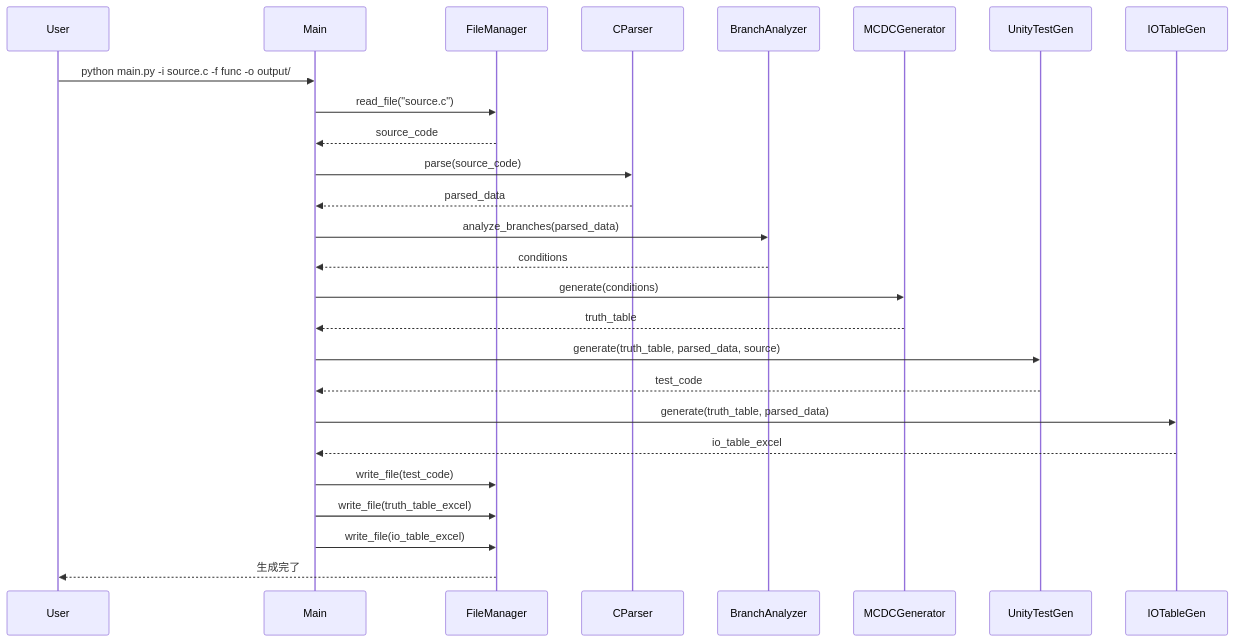
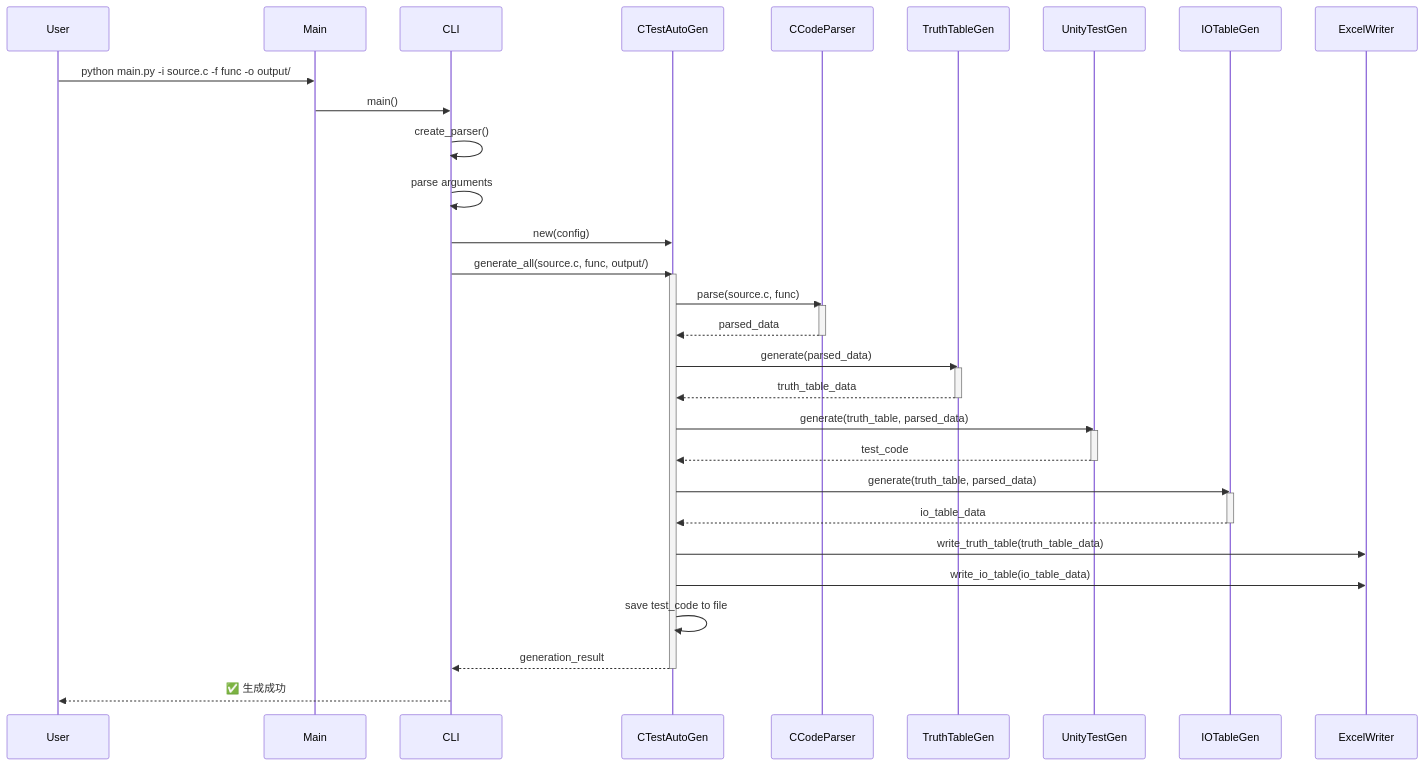
The first of 11 diagrams in doc/design_sequence_diagram.md (ryu5791/AutoUniTestGen), drawn with Mermaid before and after one commit. The commit also changed other lines of this file and 6 other files, not shown here.

````diff
--- a/doc/design_sequence_diagram.md
+++ b/doc/design_sequence_diagram.md
@@ -22,37 +27,51 @@
 ```mermaid
 sequenceDiagram
     participant User
     participant Main
-    participant FileManager
-    participant CParser
-    participant BranchAnalyzer
-    participant MCDCGenerator
+    participant CLI
+    participant CTestAutoGen
+    participant CCodeParser
+    participant TruthTableGen
     participant UnityTestGen
     participant IOTableGen
+    participant ExcelWriter
     
     User->>Main: python main.py -i source.c -f func -o output/
+    Main->>CLI: main()
     
-    Main->>FileManager: read_file("source.c")
-    FileManager-->>Main: source_code
+    CLI->>CLI: create_parser()
+    CLI->>CLI: parse arguments
+    CLI->>CTestAutoGen: new(config)
     
-    Main->>CParser: parse(source_code)
-    CParser-->>Main: parsed_data
+    CLI->>CTestAutoGen: generate_all(source.c, func, output/)
+    activate CTestAutoGen
     
-    Main->>BranchAnalyzer: analyze_branches(parsed_data)
-    BranchAnalyzer-->>Main: conditions
+    CTestAutoGen->>CCodeParser: parse(source.c, func)
+    activate CCodeParser
+    CCodeParser-->>CTestAutoGen: parsed_data
+    deactivate CCodeParser
     
-    Main->>MCDCGenerator: generate(conditions)
-    MCDCGenerator-->>Main: truth_table
+    CTestAutoGen->>TruthTableGen: generate(parsed_data)
+    activate TruthTableGen
+    TruthTableGen-->>CTestAutoGen: truth_table_data
+    deactivate TruthTableGen
     
-    Main->>UnityTestGen: generate(truth_table, parsed_data, source)
-    UnityTestGen-->>Main: test_code
+    CTestAutoGen->>UnityTestGen: generate(truth_table, parsed_data)
+    activate UnityTestGen
+    UnityTestGen-->>CTestAutoGen: test_code
+    deactivate UnityTestGen
     
-    Main->>IOTableGen: generate(truth_table, parsed_data)
-    IOTableGen-->>Main: io_table_excel
+    CTestAutoGen->>IOTableGen: generate(truth_table, parsed_data)
+    activate IOTableGen
+    IOTableGen-->>CTestAutoGen: io_table_data
+    deactivate IOTableGen
     
-    Main->>FileManager: write_file(test_code)
-    Main->>FileManager: write_file(truth_table_excel)
-    Main->>FileManager: write_file(io_table_excel)
+    CTestAutoGen->>ExcelWriter: write_truth_table(truth_table_data)
+    CTestAutoGen->>ExcelWriter: write_io_table(io_table_data)
+    CTestAutoGen->>CTestAutoGen: save test_code to file
     
-    FileManager-->>User: 生成完了
+    CTestAutoGen-->>CLI: generation_result
+    deactivate CTestAutoGen
+    
+    CLI-->>User: ✅ 生成成功
 ```
````
